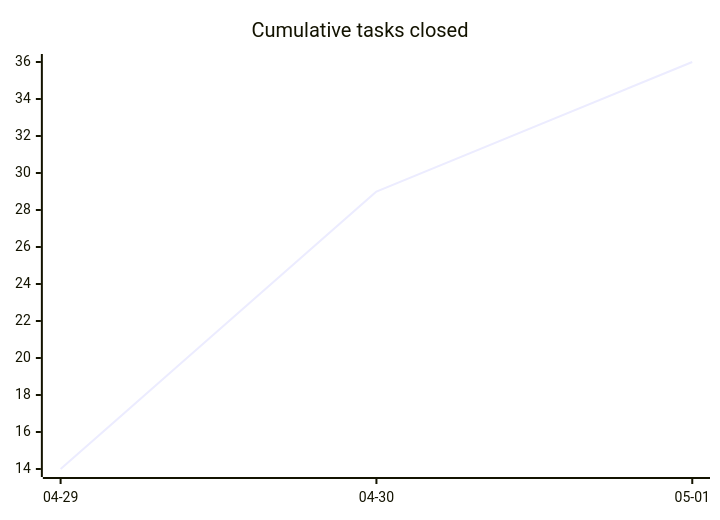
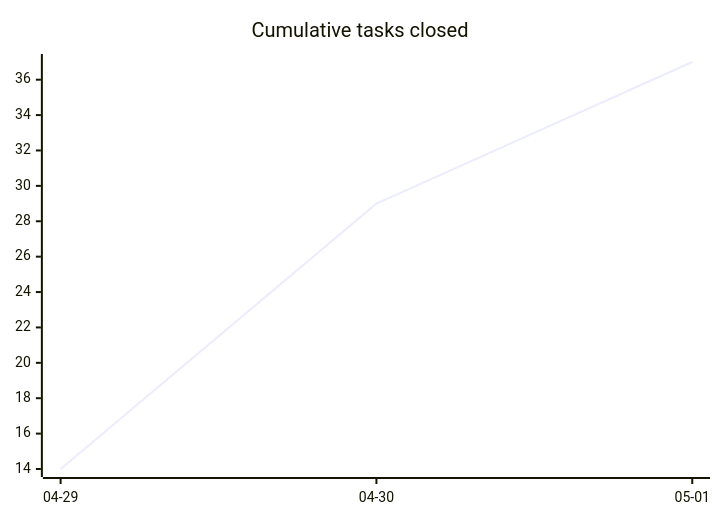
The first of 3 diagrams in docs/developers/tasks/OVERVIEW.md (tgd1975/AwesomeStudioPedal), drawn with Mermaid before and after one commit. The commit also changed other lines of this file and 12 other files, not shown here.

````diff
--- a/docs/developers/tasks/OVERVIEW.md
+++ b/docs/developers/tasks/OVERVIEW.md
@@ -22,6 +22,6 @@
 ```mermaid
 xychart-beta
     title "Cumulative tasks closed"
     x-axis ["04-29", "04-30", "05-01"]
-    line [14, 29, 36]
+    line [14, 29, 37]
 ```
````
